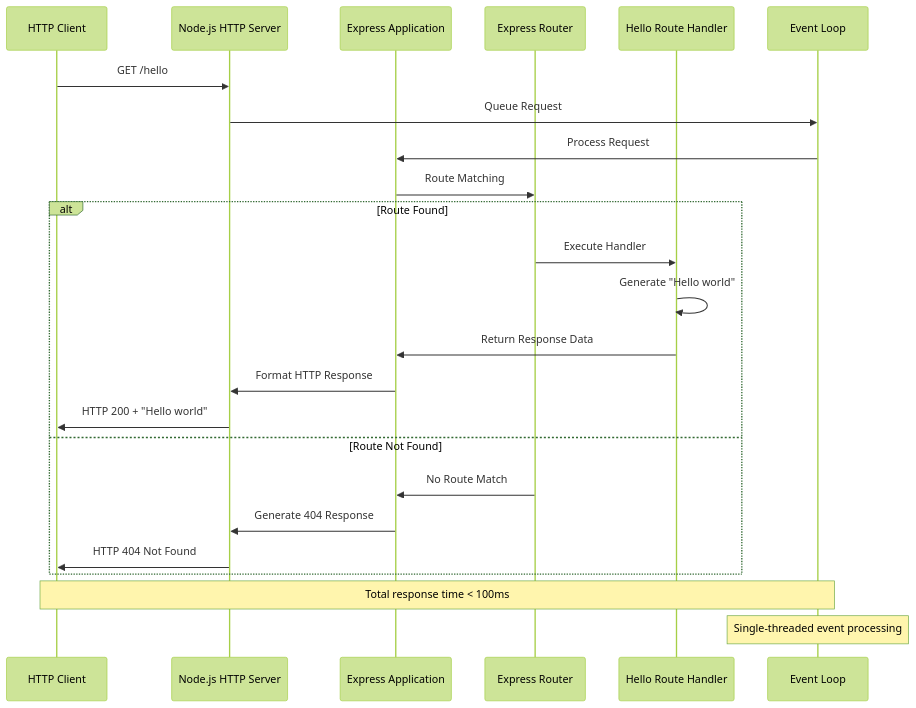
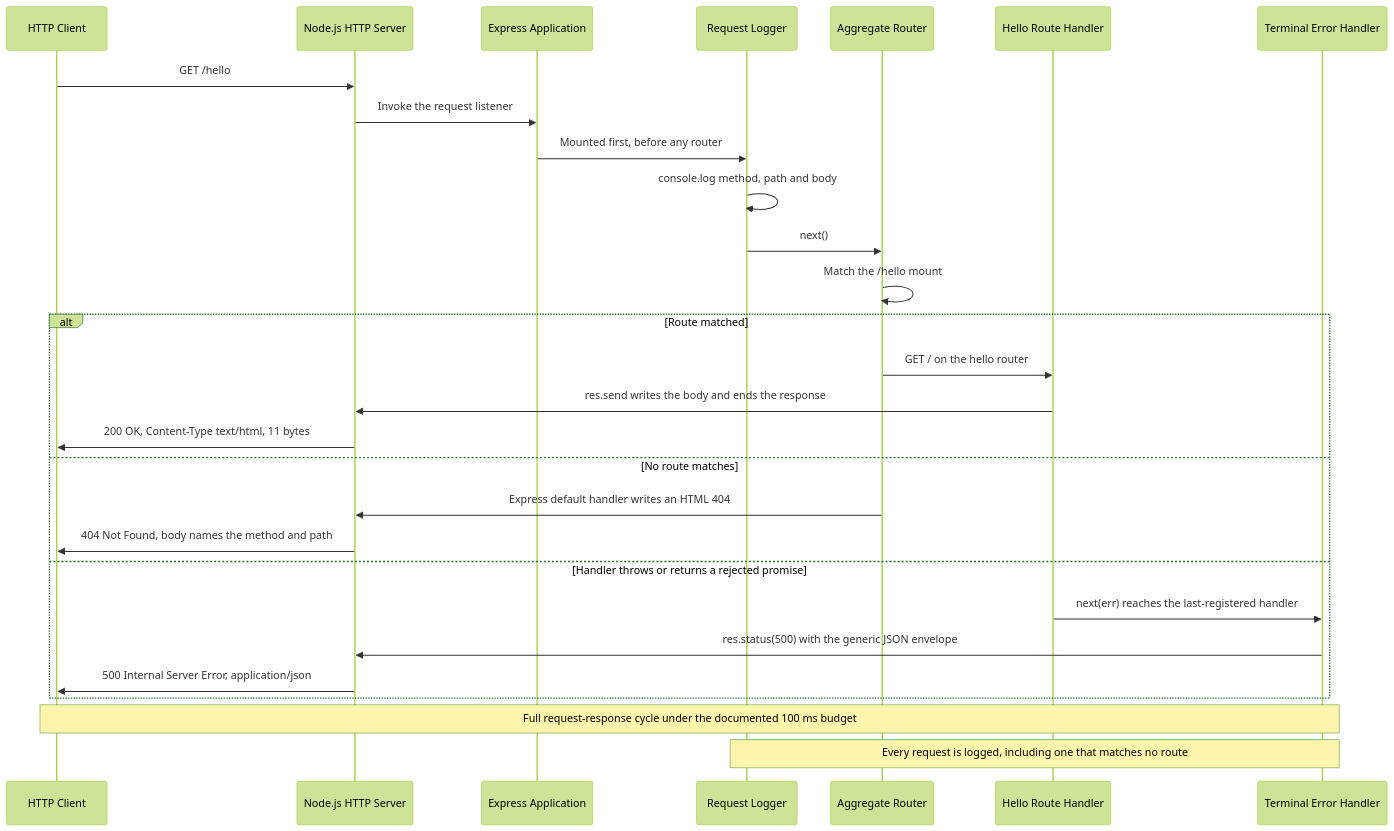
The second of 2 diagrams in docs/architecture/overview.md (blitzytest02/AlreadyExisting), drawn with Mermaid (forest theme) before and after one commit. The commit also changed other lines of this file and 21 other files, not shown here.

````diff
--- a/docs/architecture/overview.md
+++ b/docs/architecture/overview.md
@@ -130,29 +139,33 @@
 ```mermaid
 sequenceDiagram
     participant Client as HTTP Client
     participant Server as Node.js HTTP Server
     participant ExpressApp as Express Application
-    participant Router as Express Router
+    participant Logger as Request Logger
+    participant Router as Aggregate Router
     participant HelloHandler as Hello Route Handler
-    participant EventLoop as Event Loop
+    participant ErrorHandler as Terminal Error Handler
 
     Client->>Server: GET /hello
-    Server->>EventLoop: Queue Request
-    EventLoop->>ExpressApp: Process Request
-    ExpressApp->>Router: Route Matching
-    
-    alt Route Found
-        Router->>HelloHandler: Execute Handler
-        HelloHandler->>HelloHandler: Generate "Hello world"
-        HelloHandler->>ExpressApp: Return Response Data
-        ExpressApp->>Server: Format HTTP Response
-        Server->>Client: HTTP 200 + "Hello world"
-    else Route Not Found
-        Router->>ExpressApp: No Route Match
-        ExpressApp->>Server: Generate 404 Response
-        Server->>Client: HTTP 404 Not Found
+    Server->>ExpressApp: Invoke the request listener
+    ExpressApp->>Logger: Mounted first, before any router
+    Logger->>Logger: console.log method, path and body
+    Logger->>Router: next()
+    Router->>Router: Match the /hello mount
+
+    alt Route matched
+        Router->>HelloHandler: GET / on the hello router
+        HelloHandler->>Server: res.send writes the body and ends the response
+        Server->>Client: 200 OK, Content-Type text/html, 11 bytes
+    else No route matches
+        Router->>Server: Express default handler writes an HTML 404
+        Server->>Client: 404 Not Found, body names the method and path
+    else Handler throws or returns a rejected promise
+        HelloHandler->>ErrorHandler: next(err) reaches the last-registered handler
+        ErrorHandler->>Server: res.status(500) with the generic JSON envelope
+        Server->>Client: 500 Internal Server Error, application/json
     end
-    
-    Note over Client,EventLoop: Total response time < 100ms
-    Note over EventLoop: Single-threaded event processing
+
+    Note over Client,ErrorHandler: Full request-response cycle under the documented 100 ms budget
+    Note over Logger,ErrorHandler: Every request is logged, including one that matches no route
 ```
````
